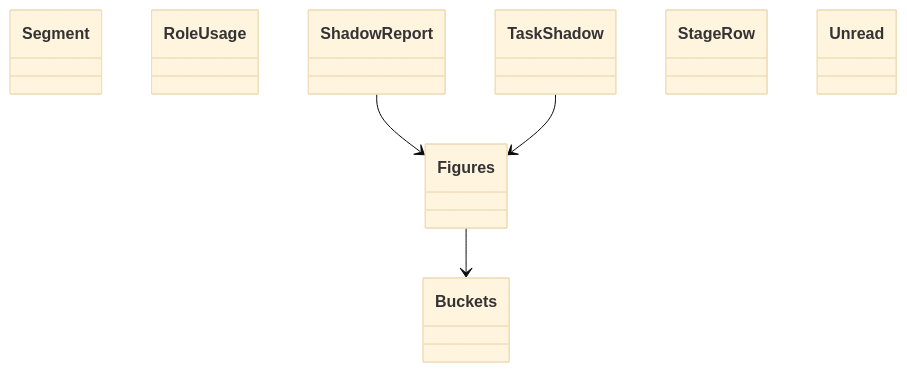
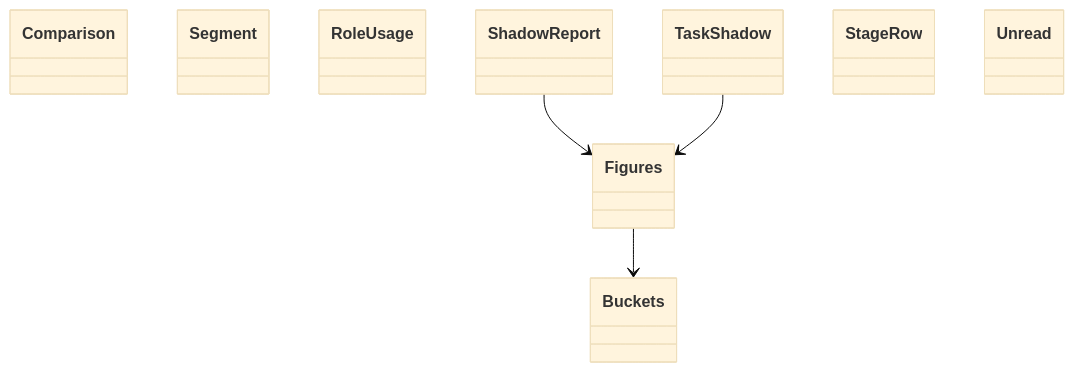
Before and after one commit to GonzaloZevallos/agentic-system: the diagram in docs/architecture/generated/classes-measurement-domain-reports-2.md, drawn with Mermaid (base theme). The commit also changed 12 other files, not shown here.

Commit message:
Keep times_for out of the measurement domain page, which is at its edge budget, and commit the regenerated architecture pages

````diff
--- a/docs/architecture/generated/classes-measurement-domain-reports-2.md
+++ b/docs/architecture/generated/classes-measurement-domain-reports-2.md
@@ -10,14 +10,15 @@
 ```mermaid
 classDiagram
+    class playbook_window__Comparison["Comparison"]
     class playbook_window__Segment["Segment"]
     class role_usage__RoleUsage["RoleUsage"]
     class shadow_report__Buckets["Buckets"]
     class shadow_report__Figures["Figures"]
     class shadow_report__ShadowReport["ShadowReport"]
     class shadow_report__TaskShadow["TaskShadow"]
     class stage_report__StageRow["StageRow"]
     class stage_report__Unread["Unread"]
     shadow_report__Figures --> shadow_report__Buckets
     shadow_report__ShadowReport --> shadow_report__Figures
     shadow_report__TaskShadow --> shadow_report__Figures
 ```
````
